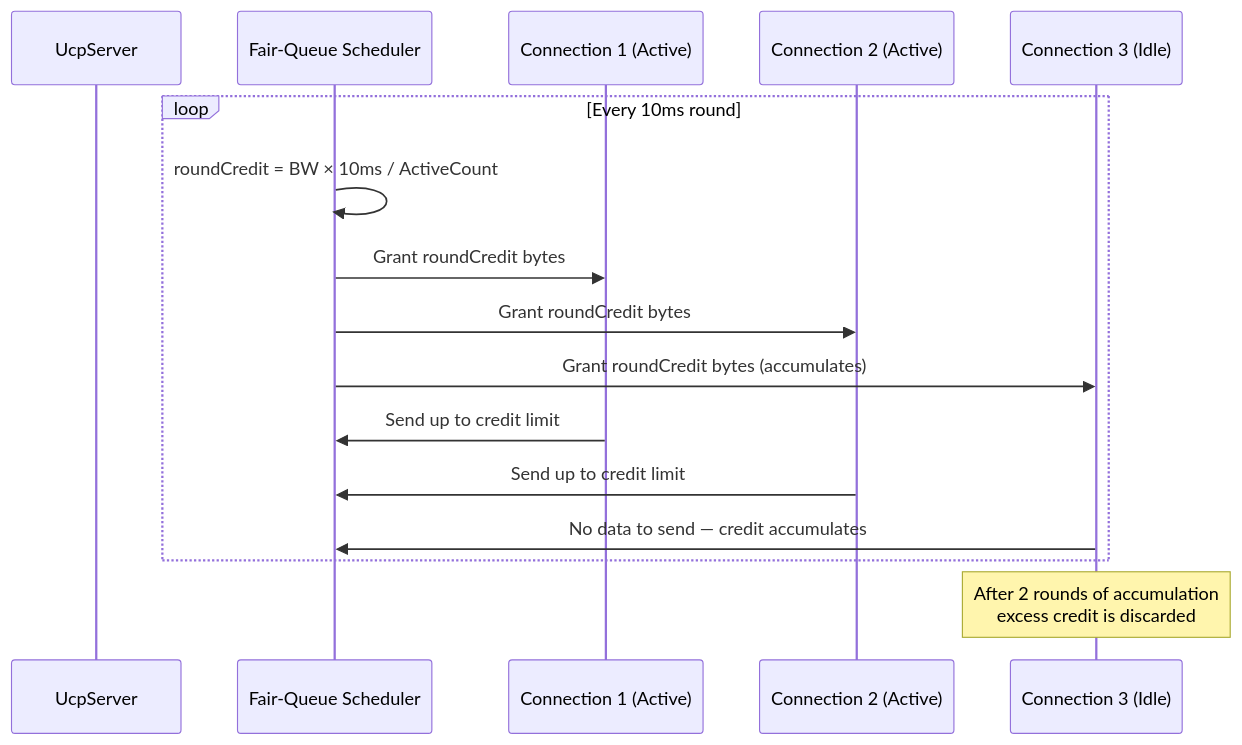
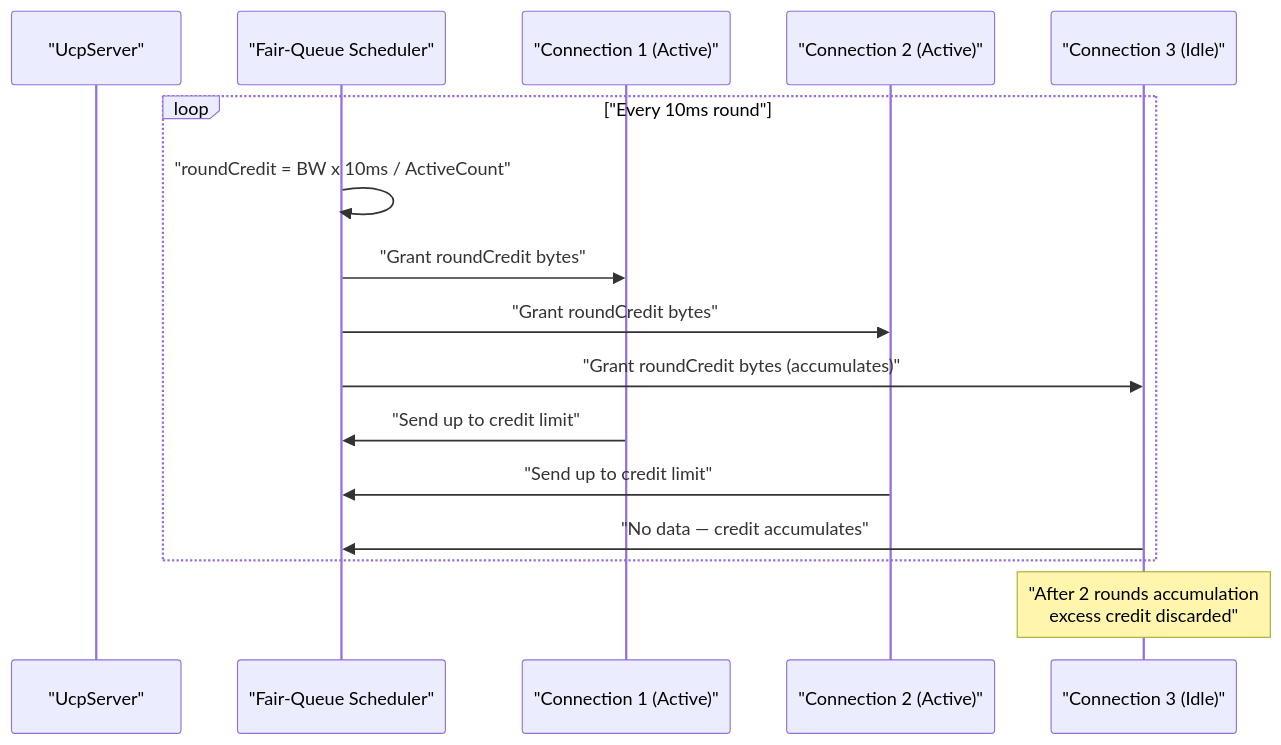
One commit to liulilittle/ucp changed the ninth of 10 diagrams in README.md. Above: the diagram before and after it, drawn with Mermaid. The commit also changed other lines of this file and 43 other files, not shown here.

````diff
--- a/README.md
+++ b/README.md
@@ -587,20 +396,20 @@
 ```mermaid
 sequenceDiagram
-    participant S as UcpServer
-    participant FQ as Fair-Queue Scheduler
-    participant C1 as Connection 1 (Active)
-    participant C2 as Connection 2 (Active)
-    participant C3 as Connection 3 (Idle)
-
-    loop Every 10ms round
-        FQ->>FQ: roundCredit = BW × 10ms / ActiveCount
-        FQ->>C1: Grant roundCredit bytes
-        FQ->>C2: Grant roundCredit bytes
-        FQ->>C3: Grant roundCredit bytes (accumulates)
-        C1->>FQ: Send up to credit limit
-        C2->>FQ: Send up to credit limit
-        C3->>FQ: No data to send — credit accumulates
+    participant S as "UcpServer"
+    participant FQ as "Fair-Queue Scheduler"
+    participant C1 as "Connection 1 (Active)"
+    participant C2 as "Connection 2 (Active)"
+    participant C3 as "Connection 3 (Idle)"
+    
+    loop "Every 10ms round"
+        FQ->>FQ: "roundCredit = BW x 10ms / ActiveCount"
+        FQ->>C1: "Grant roundCredit bytes"
+        FQ->>C2: "Grant roundCredit bytes"
+        FQ->>C3: "Grant roundCredit bytes (accumulates)"
+        C1->>FQ: "Send up to credit limit"
+        C2->>FQ: "Send up to credit limit"
+        C3->>FQ: "No data — credit accumulates"
     end
-
-    Note over C3: After 2 rounds of accumulation<br/>excess credit is discarded
+    
+    Note over C3: "After 2 rounds accumulation<br/>excess credit discarded"
 ```
````
